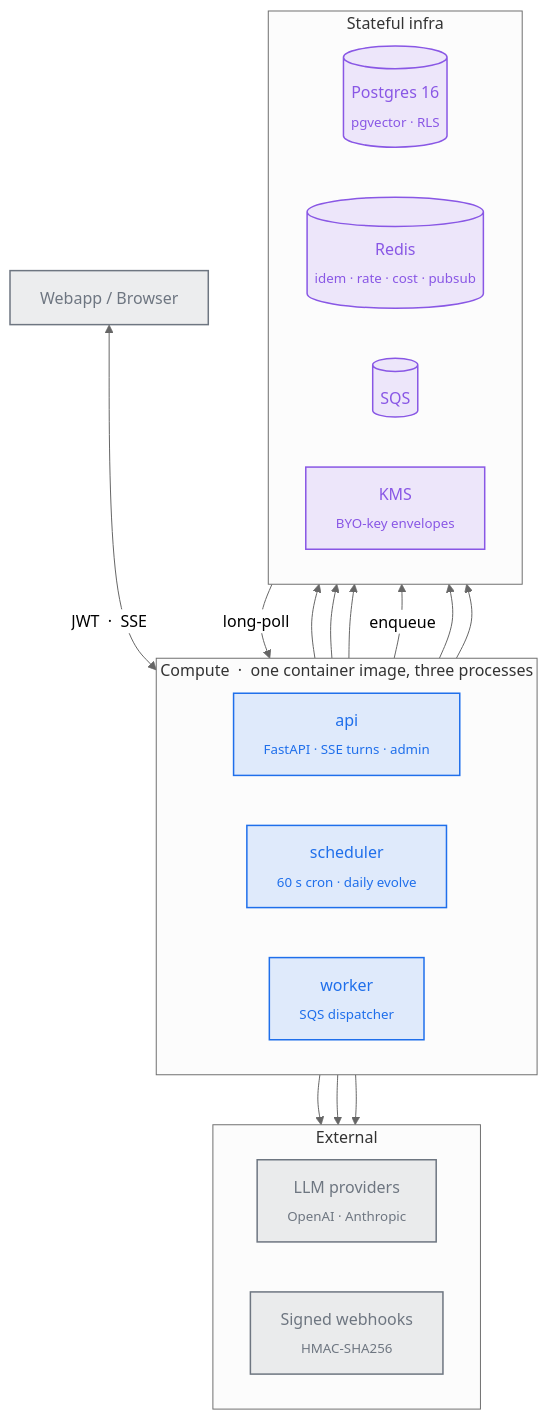
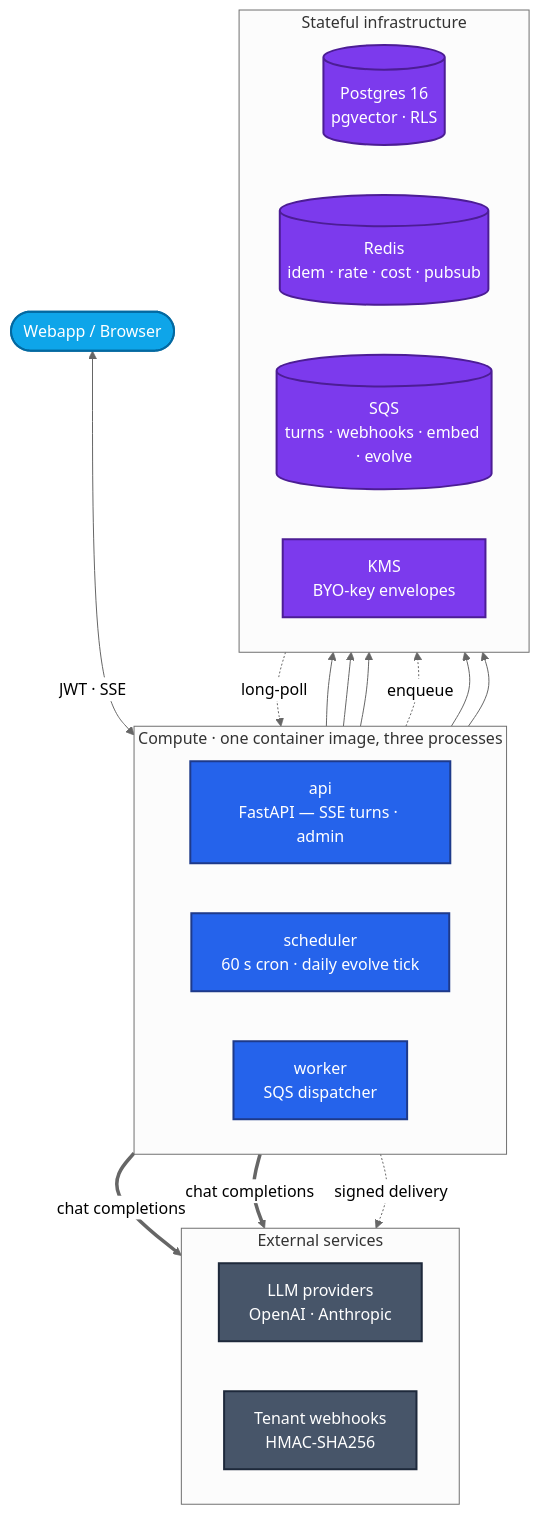
The diagram in README.md (SamWongML/lite-horse), drawn with Mermaid (neutral theme) before and after one commit. The commit also changed other lines of this file, not shown here.

````diff
--- a/README.md
+++ b/README.md
@@ -41,46 +41,44 @@
 ```mermaid
 flowchart TB
-    Client["Webapp / Browser"]
+    Client(["Webapp / Browser"]):::client
 
-    subgraph Compute["Compute &nbsp;·&nbsp; one container image, three processes"]
+    subgraph Compute["Compute · one container image, three processes"]
         direction LR
-        API["api<br/><sub>FastAPI · SSE turns · admin</sub>"]
-        Sched["scheduler<br/><sub>60 s cron · daily evolve</sub>"]
-        Worker["worker<br/><sub>SQS dispatcher</sub>"]
+        API["api<br/>FastAPI — SSE turns · admin"]:::svc
+        Sched["scheduler<br/>60 s cron · daily evolve tick"]:::svc
+        Worker["worker<br/>SQS dispatcher"]:::svc
     end
 
-    subgraph Stateful["Stateful infra"]
+    subgraph Stateful["Stateful infrastructure"]
         direction LR
-        PG[("Postgres 16<br/><sub>pgvector · RLS</sub>")]
-        Redis[("Redis<br/><sub>idem · rate · cost · pubsub</sub>")]
-        SQS[("SQS")]
-        KMS["KMS<br/><sub>BYO-key envelopes</sub>"]
+        PG[("Postgres 16<br/>pgvector · RLS")]:::data
+        Redis[("Redis<br/>idem · rate · cost · pubsub")]:::data
+        SQS[("SQS<br/>turns · webhooks · embed · evolve")]:::data
+        KMS["KMS<br/>BYO-key envelopes"]:::data
     end
 
-    subgraph External["External"]
+    subgraph External["External services"]
         direction LR
-        LLM["LLM providers<br/><sub>OpenAI · Anthropic</sub>"]
-        Hook["Signed webhooks<br/><sub>HMAC-SHA256</sub>"]
+        LLM["LLM providers<br/>OpenAI · Anthropic"]:::ext
+        Hook["Tenant webhooks<br/>HMAC-SHA256"]:::ext
     end
 
-    Client <-->|"JWT &nbsp;·&nbsp; SSE"| API
+    Client <-->|"JWT · SSE"| API
 
     API --> PG
     API --> Redis
     API --> KMS
-    API --> LLM
+    API ==>|"chat completions"| LLM
 
-    Sched -- enqueue --> SQS
-    SQS -- long-poll --> Worker
+    Sched -.->|"enqueue"| SQS
+    SQS -.->|"long-poll"| Worker
     Worker --> PG
     Worker --> Redis
-    Worker --> LLM
-    Worker --> Hook
+    Worker ==>|"chat completions"| LLM
+    Worker -.->|"signed delivery"| Hook
 
-    classDef svc  fill:#1f6feb22,stroke:#1f6feb,color:#1f6feb,stroke-width:1.5px
-    classDef data fill:#8957e522,stroke:#8957e5,color:#8957e5,stroke-width:1.5px
-    classDef ext  fill:#6e768122,stroke:#6e7681,color:#6e7681,stroke-width:1.5px
-    class API,Sched,Worker svc
-    class PG,Redis,SQS,KMS data
-    class Client,LLM,Hook ext
+    classDef client fill:#0EA5E9,stroke:#0369A1,color:#FFFFFF,stroke-width:2px
+    classDef svc    fill:#2563EB,stroke:#1E3A8A,color:#FFFFFF,stroke-width:2px
+    classDef data   fill:#7C3AED,stroke:#4C1D95,color:#FFFFFF,stroke-width:2px
+    classDef ext    fill:#475569,stroke:#1E293B,color:#FFFFFF,stroke-width:2px
 ```
````
